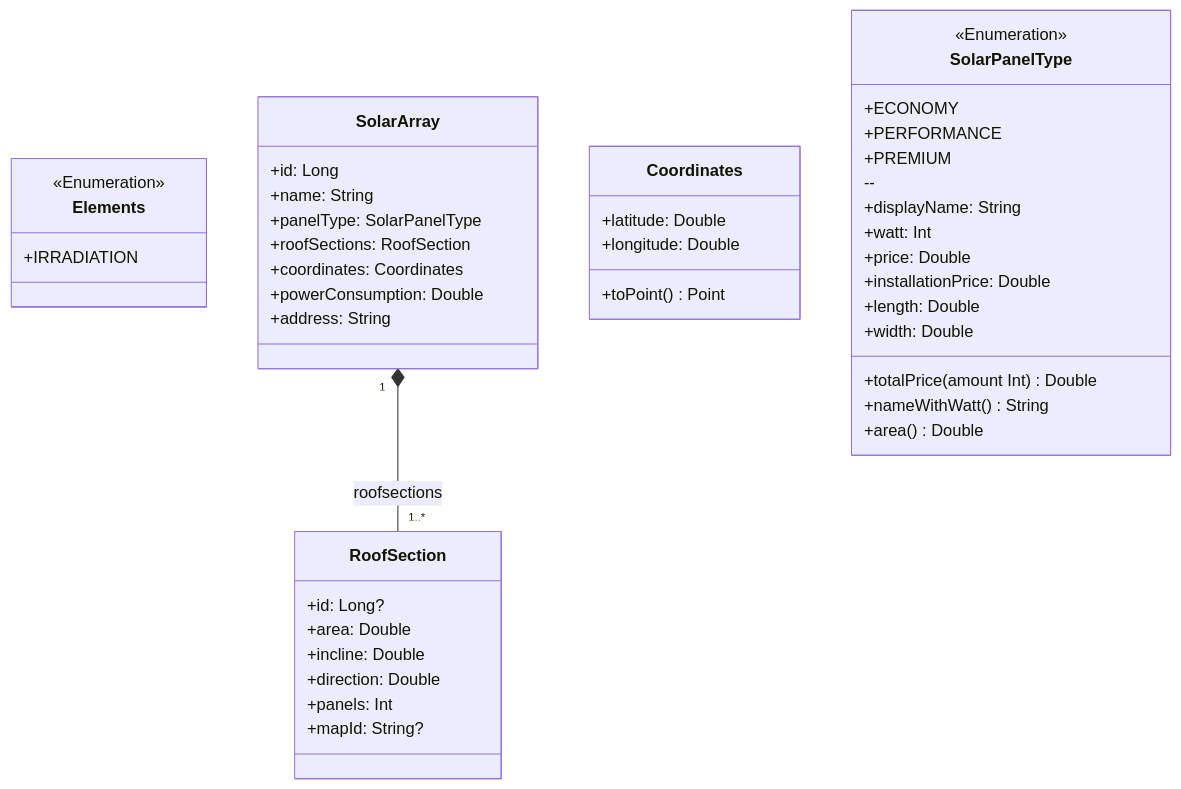
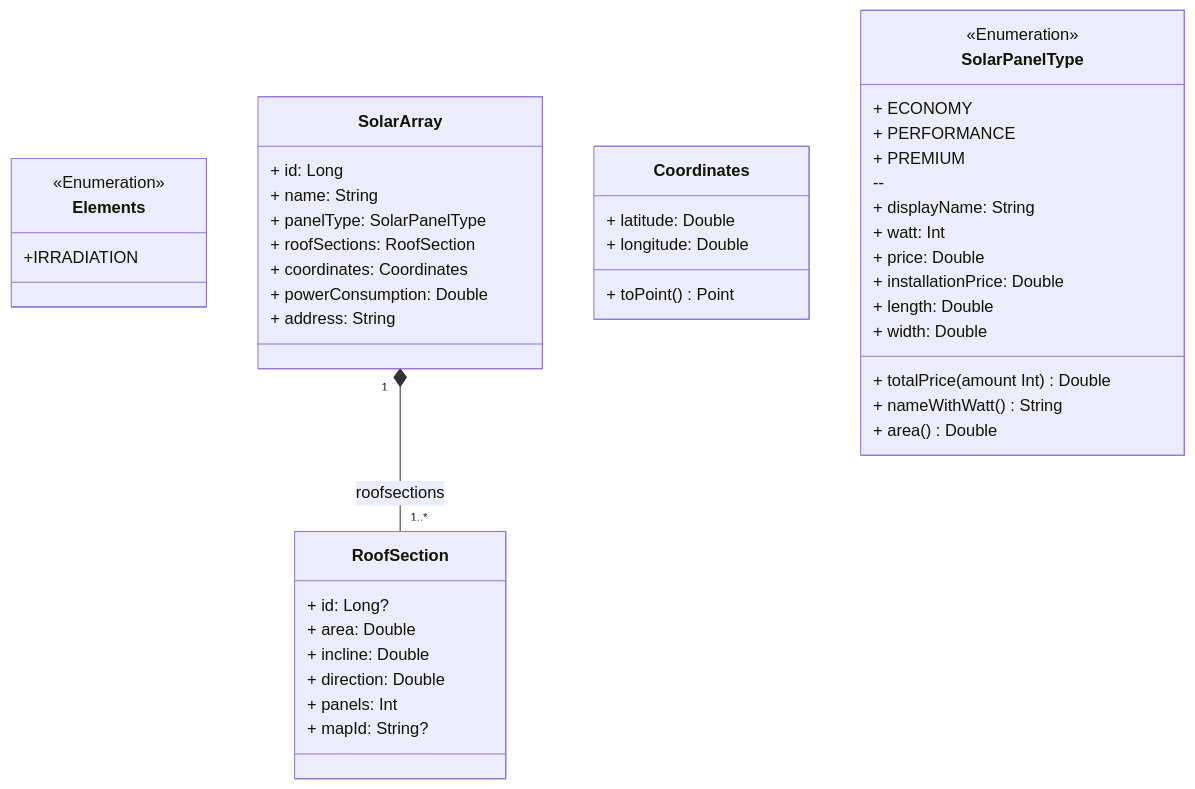
Before and after one commit to pragathiGopal25/SunSaver: the third of 3 diagrams in MODELING.md, drawn with Mermaid. The commit also changed other lines of this file, not shown here.

Commit message:
Added sunsaver-db to class diagram

````diff
--- a/MODELING.md
+++ b/MODELING.md
@@ -208,49 +276,49 @@
 ```mermaid
 classDiagram
     class Elements {
     <<Enumeration>>
     +IRRADIATION
     }
     class SolarArray {
-        +id: Long
-        +name: String
-        +panelType: SolarPanelType
-        +roofSections: RoofSection
-        +coordinates: Coordinates
-        +powerConsumption: Double
-        +address: String
+        + id: Long
+        + name: String
+        + panelType: SolarPanelType
+        + roofSections: RoofSection
+        + coordinates: Coordinates
+        + powerConsumption: Double
+        + address: String
     }
 
     class RoofSection {
-        +id: Long?
-        +area: Double
-        +incline: Double
-        +direction: Double
-        +panels: Int
-        +mapId: String?
+        + id: Long?
+        + area: Double
+        + incline: Double
+        + direction: Double
+        + panels: Int
+        + mapId: String?
     }
 
     class Coordinates {
-        +latitude: Double
-        +longitude: Double
-        +toPoint() Point
+        + latitude: Double
+        + longitude: Double
+        + toPoint() Point
     }
 
     class SolarPanelType {
     <<Enumeration>>
-    +ECONOMY
-    +PERFORMANCE
-    +PREMIUM
+    + ECONOMY
+    + PERFORMANCE
+    + PREMIUM
     --
-    +displayName: String
-    +watt: Int
-    +price: Double 
-    +installationPrice: Double
-    +length: Double
-    +width: Double
-    +totalPrice(amount Int) Double
-    +nameWithWatt() String
-    +area() Double
+    + displayName: String
+    + watt: Int
+    + price: Double 
+    + installationPrice: Double
+    + length: Double
+    + width: Double
+    + totalPrice(amount Int) Double
+    + nameWithWatt() String
+    + area() Double
   }
     SolarArray "1" *-- "1..*" RoofSection : roofsections
 ```
````
